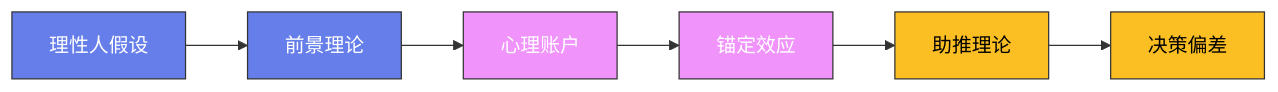
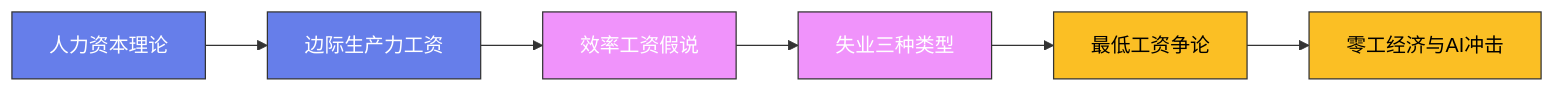
The diagram in content/posts/ModelCreate/经济学与金融/17-劳动经济学.md (Fengur/Fengur.github.io), drawn with Mermaid before and after one commit. The commit also changed 118 other files, not shown here.

````diff
--- a/content/posts/ModelCreate/经济学与金融/17-劳动经济学.md
+++ b/content/posts/ModelCreate/经济学与金融/17-劳动经济学.md
@@ -73,16 +73,16 @@
 ```mermaid
 graph LR
-    A["理性人假设"] --> B["前景理论"]
-    B --> C["心理账户"]
-    C --> D["锚定效应"]
-    D --> E["助推理论"]
-    E --> F["决策偏差"]
+    A["人力资本理论"] --> B["边际生产力工资"]
+    B --> C["效率工资假说"]
+    C --> D["失业三种类型"]
+    D --> E["最低工资争论"]
+    E --> F["零工经济与AI冲击"]
 
     classDef early fill:#667eea,stroke:#333,color:white
     classDef mid fill:#f093fb,stroke:#333,color:white
     classDef modern fill:#fbbf24,stroke:#333,color:black
 
     class A,B early
     class C,D mid
     class E,F modern
 ```
````
